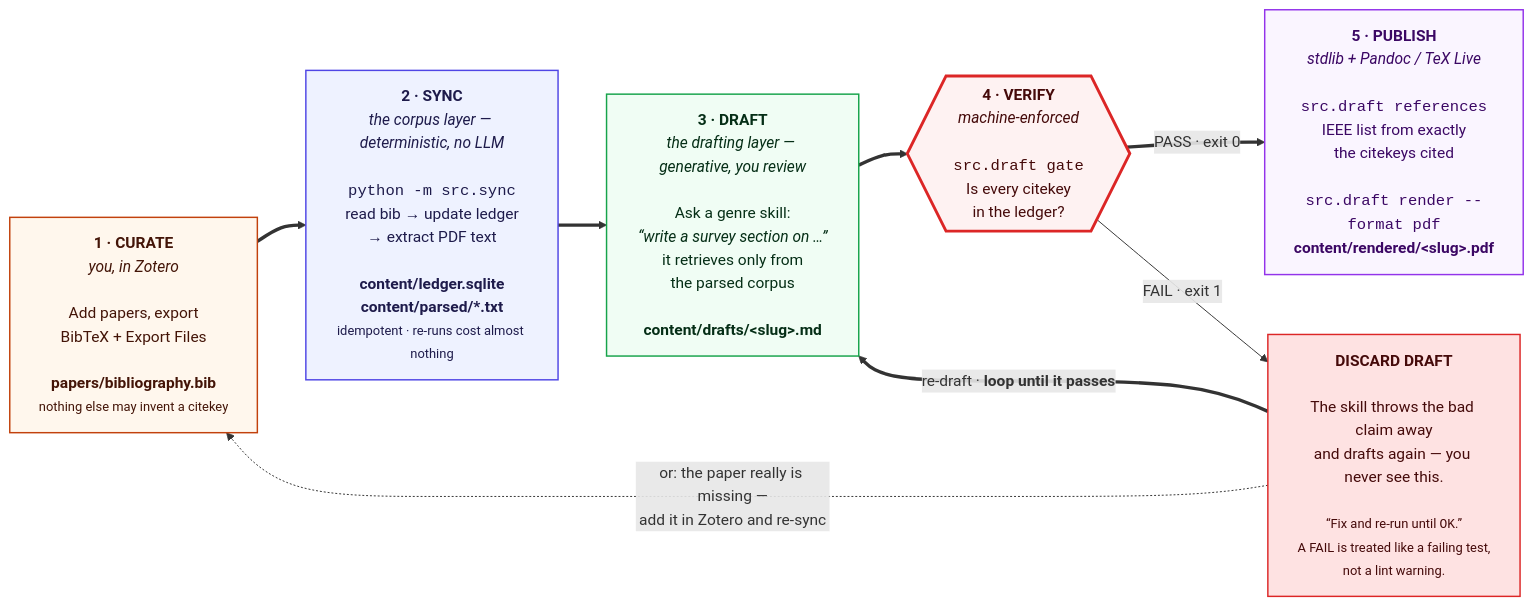
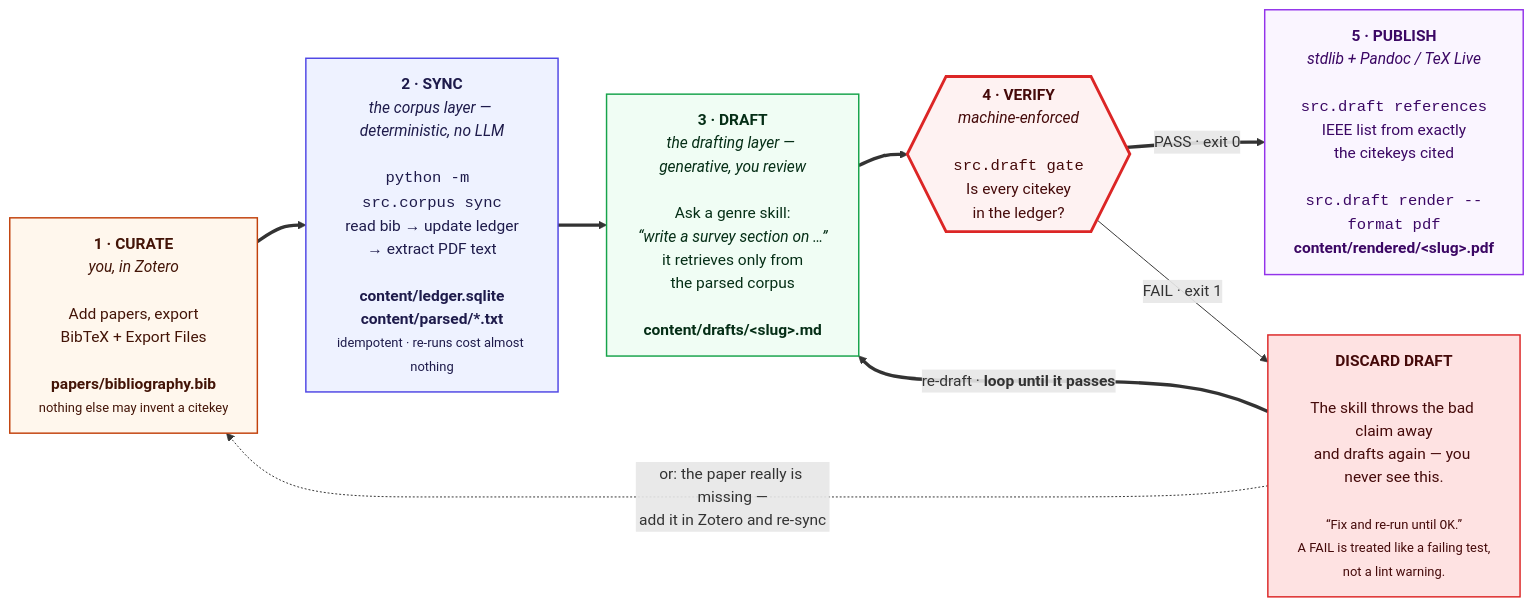
One commit to prasadtalasila/chitragupta changed the first of 11 diagrams in docs/DIAGRAMS.md. Above: the diagram before and after it, drawn with Mermaid. The commit also changed other lines of this file and 89 other files, not shown here.

````diff
--- a/docs/DIAGRAMS.md
+++ b/docs/DIAGRAMS.md
@@ -60,35 +60,35 @@
 ```mermaid
 flowchart LR
 
   P0["<b>1 · CURATE</b><br/><i>you, in Zotero</i><br/><br/>Add papers, export<br/>BibTeX + Export Files<br/><br/><b>papers/bibliography.bib</b><br/><small>nothing else may invent a citekey</small>"]
 
-  P1["<b>2 · SYNC</b><br/><i>the corpus layer — deterministic, no LLM</i><br/><br/><code>python -m src.sync</code><br/>read bib → update ledger<br/>→ extract PDF text<br/><br/><b>content/ledger.sqlite</b><br/><b>content/parsed/*.txt</b><br/><small>idempotent · re-runs cost almost nothing</small>"]
+  P1["<b>2 · SYNC</b><br/><i>the corpus layer — deterministic, no LLM</i><br/><br/><code>python -m src.corpus sync</code><br/>read bib → update ledger<br/>→ extract PDF text<br/><br/><b>content/ledger.sqlite</b><br/><b>content/parsed/*.txt</b><br/><small>idempotent · re-runs cost almost nothing</small>"]
 
   P2["<b>3 · DRAFT</b><br/><i>the drafting layer — generative, you review</i><br/><br/>Ask a genre skill:<br/><i>“write a survey section on …”</i><br/>it retrieves only from<br/>the parsed corpus<br/><br/><b>content/drafts/&lt;slug&gt;.md</b>"]
 
   P3{{"<b>4 · VERIFY</b><br/><i>machine-enforced</i><br/><br/><code>src.draft gate</code><br/>Is every citekey<br/>in the ledger?"}}
 
   P4["<b>5 · PUBLISH</b><br/><i>stdlib + Pandoc / TeX Live</i><br/><br/><code>src.draft references</code><br/>IEEE list from exactly<br/>the citekeys cited<br/><br/><code>src.draft render --format pdf</code><br/><b>content/rendered/&lt;slug&gt;.pdf</b>"]
 
   FIX["<b>DISCARD DRAFT</b><br/><br/>The skill throws the bad claim away<br/>and drafts again — you never see this.<br/><br/><small>“Fix and re-run until <code>OK</code>.”<br/>A FAIL is treated like a failing test,<br/>not a lint warning.</small>"]
 
   P0 ==> P1 ==> P2 ==> P3
   P3 == "PASS · exit 0" ==> P4
   P3 -- "FAIL · exit 1" --> FIX
   FIX == "re-draft · <b>loop until it passes</b>" ==> P2
   FIX -. "or: the paper really is missing —<br/>add it in Zotero and re-sync" .-> P0
 
   classDef you fill:#fff7ed,stroke:#c2410c,stroke-width:1.5px,color:#431407
   classDef det fill:#eef2ff,stroke:#4f46e5,stroke-width:1.5px,color:#1e1b4b
   classDef gen fill:#f0fdf4,stroke:#16a34a,stroke-width:1.5px,color:#052e16
   classDef gate fill:#fef2f2,stroke:#dc2626,stroke-width:3px,color:#450a0a
   classDef out fill:#faf5ff,stroke:#9333ea,stroke-width:1.5px,color:#3b0764
   classDef bad fill:#fee2e2,stroke:#dc2626,stroke-width:1.5px,color:#450a0a
 
   class P0 you
   class P1 det
   class P2 gen
   class P3 gate
   class P4 out
   class FIX bad
 ```
````
